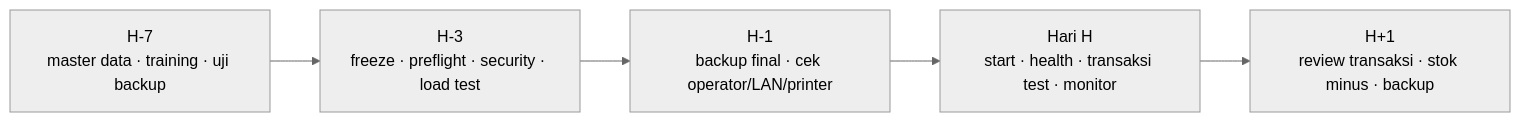
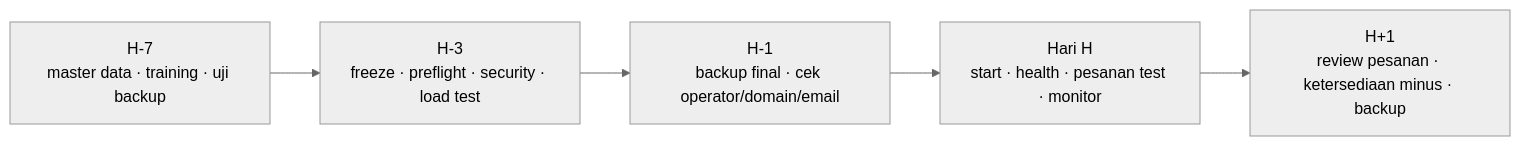
Before and after one commit to ahliweb/awcms-micro: the third of 3 diagrams in docs/awcms-micro/07_sprint_testing_production_readiness.md, drawn with Mermaid (neutral theme). The commit also changed other lines of this file and 24 other files, not shown here.

````diff
--- a/docs/awcms-micro/07_sprint_testing_production_readiness.md
+++ b/docs/awcms-micro/07_sprint_testing_production_readiness.md
@@ -394,7 +398,7 @@
 ```mermaid
 flowchart LR
   H7[H-7<br/>master data · training · uji backup] --> H3[H-3<br/>freeze · preflight · security · load test]
-  H3 --> H1[H-1<br/>backup final · cek operator/LAN/printer]
-  H1 --> H0[Hari H<br/>start · health · transaksi test · monitor]
-  H0 --> HP[H+1<br/>review transaksi · stok minus · backup]
+  H3 --> H1[H-1<br/>backup final · cek operator/domain/email]
+  H1 --> H0[Hari H<br/>start · health · pesanan test · monitor]
+  H0 --> HP[H+1<br/>review pesanan · ketersediaan minus · backup]
 ```
````
